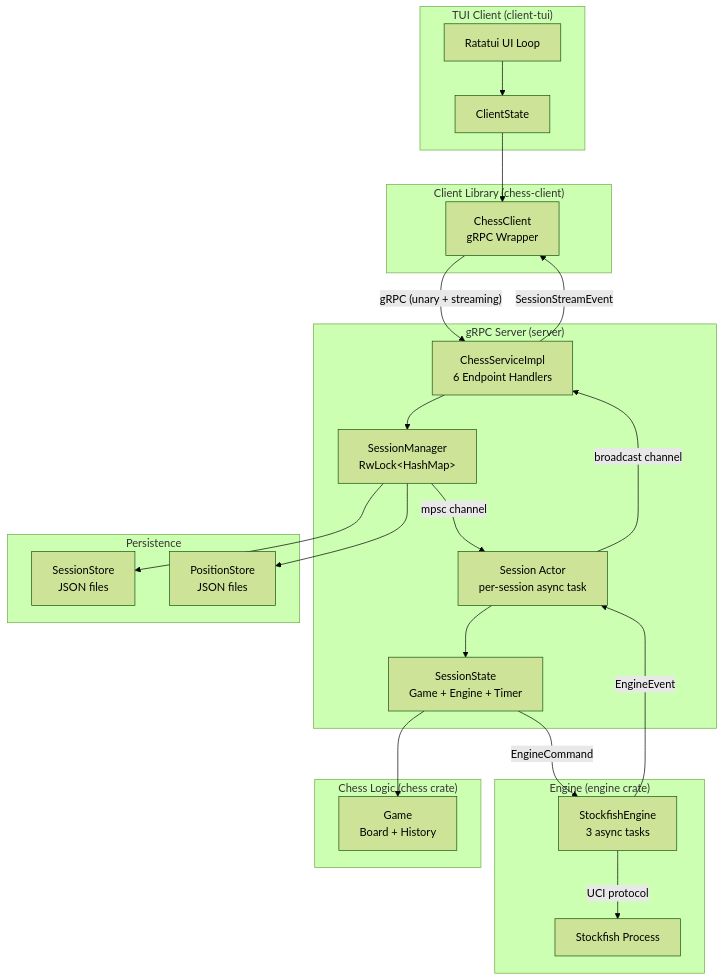
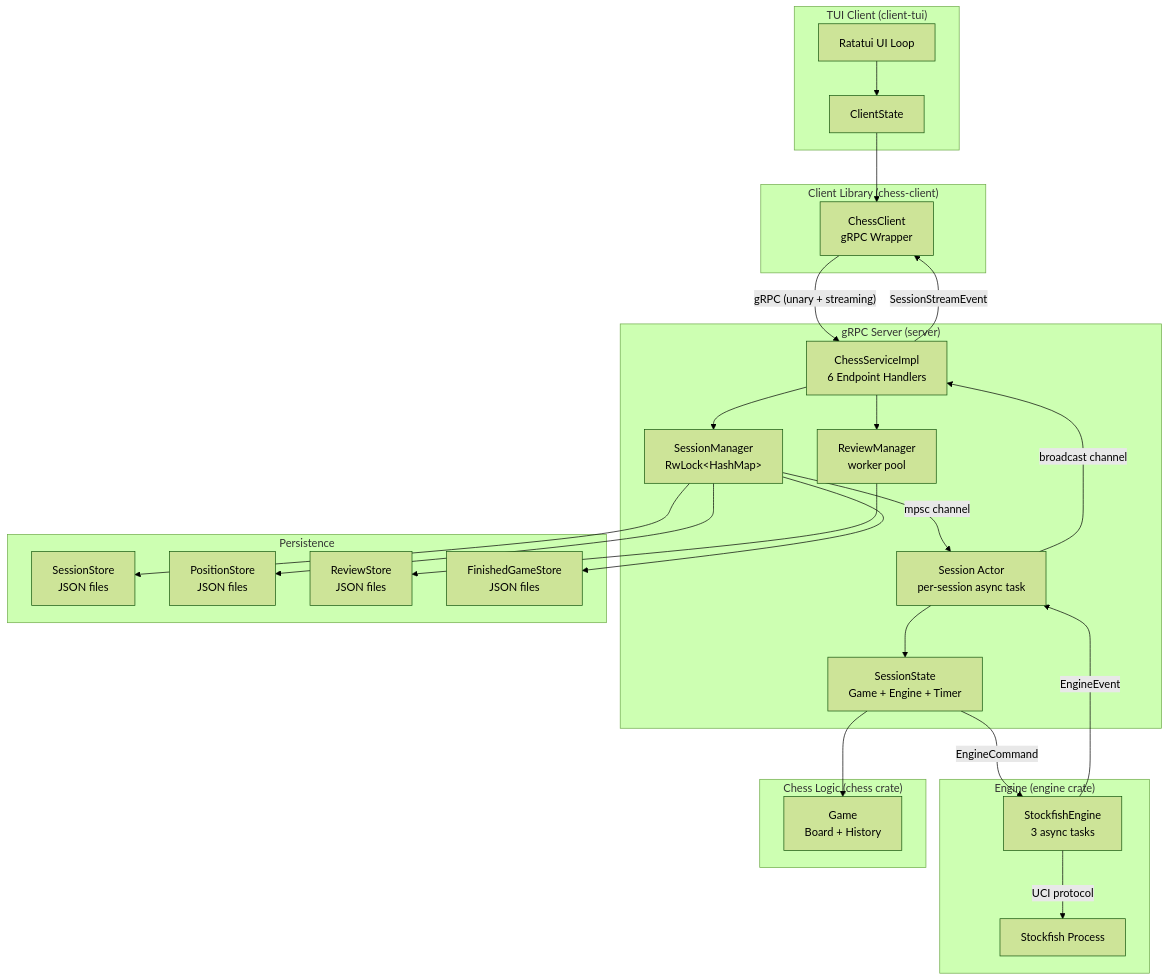
One commit to benediktms/chesstty changed the diagram in README.md. Above: the diagram before and after it, drawn with Mermaid (forest theme). The commit also changed other lines of this file and 67 other files, not shown here.

Commit message:
Squash merge post-game-review-analysis into master

````diff
--- a/README.md
+++ b/README.md
@@ -9,47 +9,53 @@
 ```mermaid
 graph TB
     subgraph Client ["TUI Client (client-tui)"]
         UI[Ratatui UI Loop]
         CS[ClientState]
     end
 
     subgraph ClientLib ["Client Library (chess-client)"]
         GC[ChessClient<br/>gRPC Wrapper]
     end
 
     subgraph Server ["gRPC Server (server)"]
         SVC[ChessServiceImpl<br/>6 Endpoint Handlers]
         SM[SessionManager<br/>RwLock&lt;HashMap&gt;]
         SA[Session Actor<br/>per-session async task]
         SS[SessionState<br/>Game + Engine + Timer]
+        RM[ReviewManager<br/>worker pool]
     end
 
     subgraph Engine ["Engine (engine crate)"]
         SF[StockfishEngine<br/>3 async tasks]
         SP[Stockfish Process]
     end
 
     subgraph Domain ["Chess Logic (chess crate)"]
         G[Game<br/>Board + History]
     end
 
     subgraph Storage ["Persistence"]
         PS[SessionStore<br/>JSON files]
         PP[PositionStore<br/>JSON files]
+        RS[ReviewStore<br/>JSON files]
+        FG[FinishedGameStore<br/>JSON files]
     end
 
     UI --> CS
     CS --> GC
     GC -->|"gRPC (unary + streaming)"| SVC
     SVC --> SM
     SM -->|"mpsc channel"| SA
     SA --> SS
     SS --> G
     SS -->|"EngineCommand"| SF
     SF -->|"UCI protocol"| SP
     SF -->|"EngineEvent"| SA
     SA -->|"broadcast channel"| SVC
     SVC -->|"SessionStreamEvent"| GC
+    SVC --> RM
+    RM --> RS
+    SM --> FG
     SM --> PS
     SM --> PP
 ```
````
